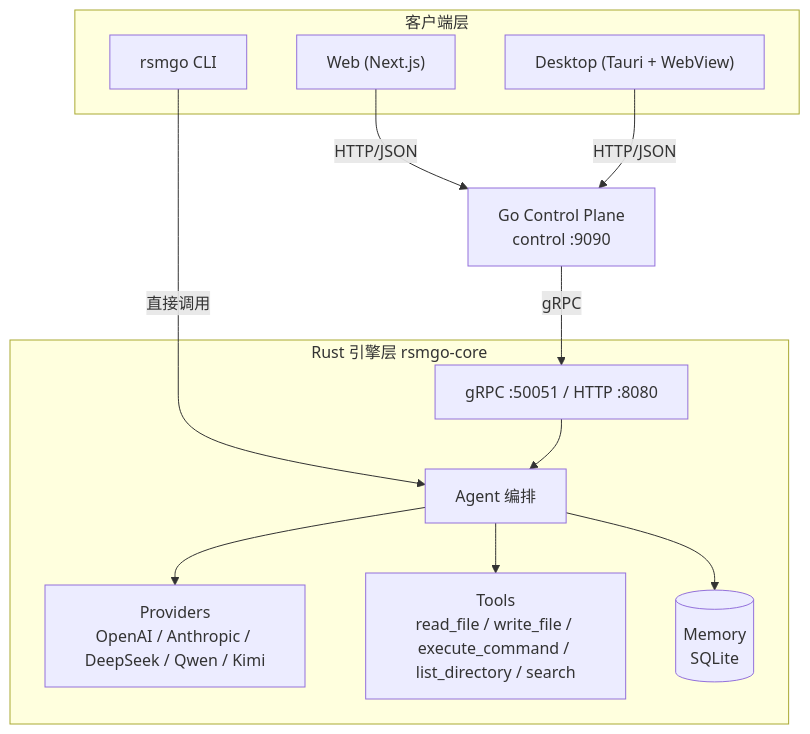
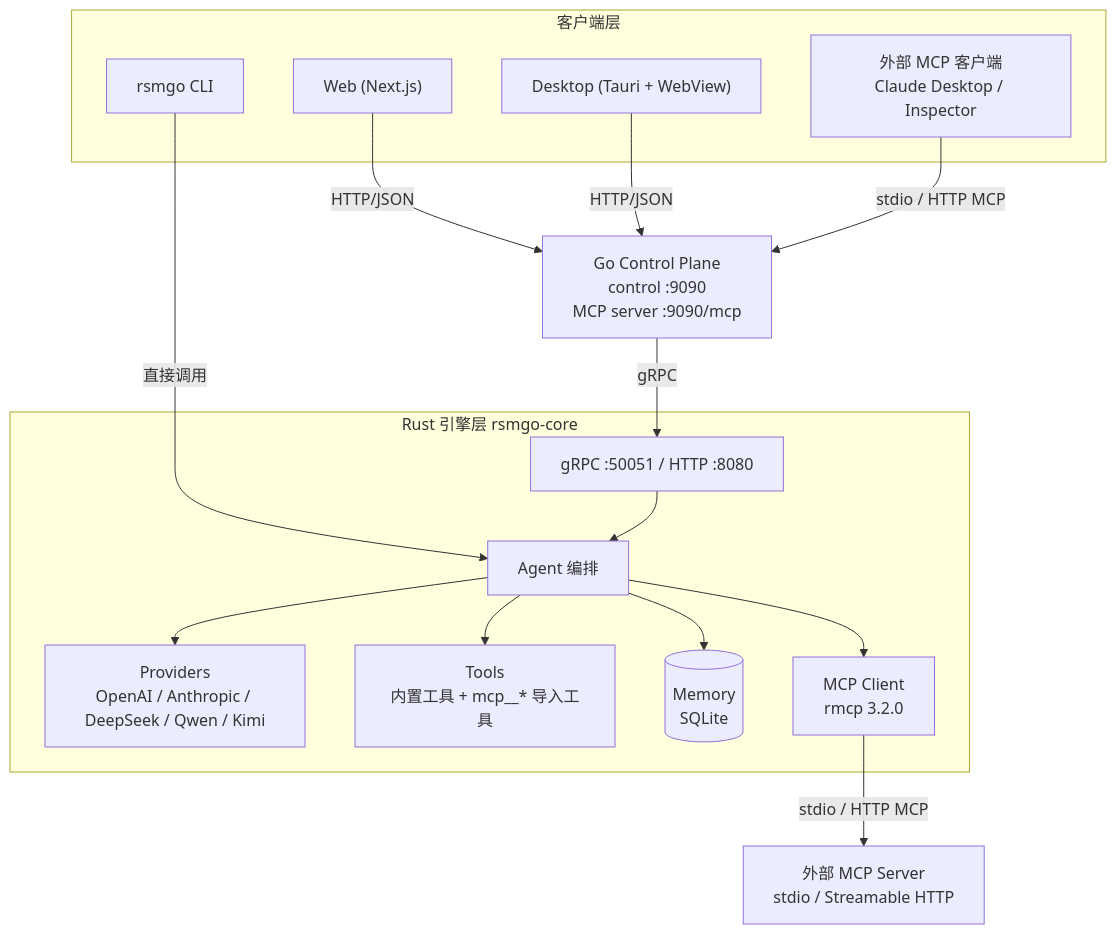
One commit to daheige/rsmgo changed the diagram in readme-zh.md. Above: the diagram before and after it, drawn with Mermaid. The commit also changed other lines of this file and 22 other files, not shown here.

Commit message:
feat: add mcp server support stdio and http transport

````diff
--- a/readme-zh.md
+++ b/readme-zh.md
@@ -49,27 +50,34 @@
 ```mermaid
 graph TD
     subgraph Client["客户端层"]
         A["rsmgo CLI"]
         B["Web (Next.js)"]
         C["Desktop (Tauri + WebView)"]
+        J["外部 MCP 客户端<br/>Claude Desktop / Inspector"]
     end
 
-    D["Go Control Plane<br/>control :9090"]
+    D["Go Control Plane<br/>control :9090<br/>MCP server :9090/mcp"]
 
     subgraph Engine["Rust 引擎层 rsmgo-core"]
         E["gRPC :50051 / HTTP :8080"]
         F["Agent 编排"]
         G["Providers<br/>OpenAI / Anthropic / DeepSeek / Qwen / Kimi"]
-        H["Tools<br/>read_file / write_file / execute_command / list_directory / search"]
+        H["Tools<br/>内置工具 + mcp__* 导入工具"]
         I[(Memory<br/>SQLite)]
+        K["MCP Client<br/>rmcp 3.2.0"]
     end
+
+    L["外部 MCP Server<br/>stdio / Streamable HTTP"]
 
     A -->|直接调用| F
     B -->|HTTP/JSON| D
     C -->|HTTP/JSON| D
+    J -->|stdio / HTTP MCP| D
     D -->|gRPC| E
     E --> F
     F --> G
     F --> H
     F --> I
+    K -->|stdio / HTTP MCP| L
+    F --> K
 ```
````
